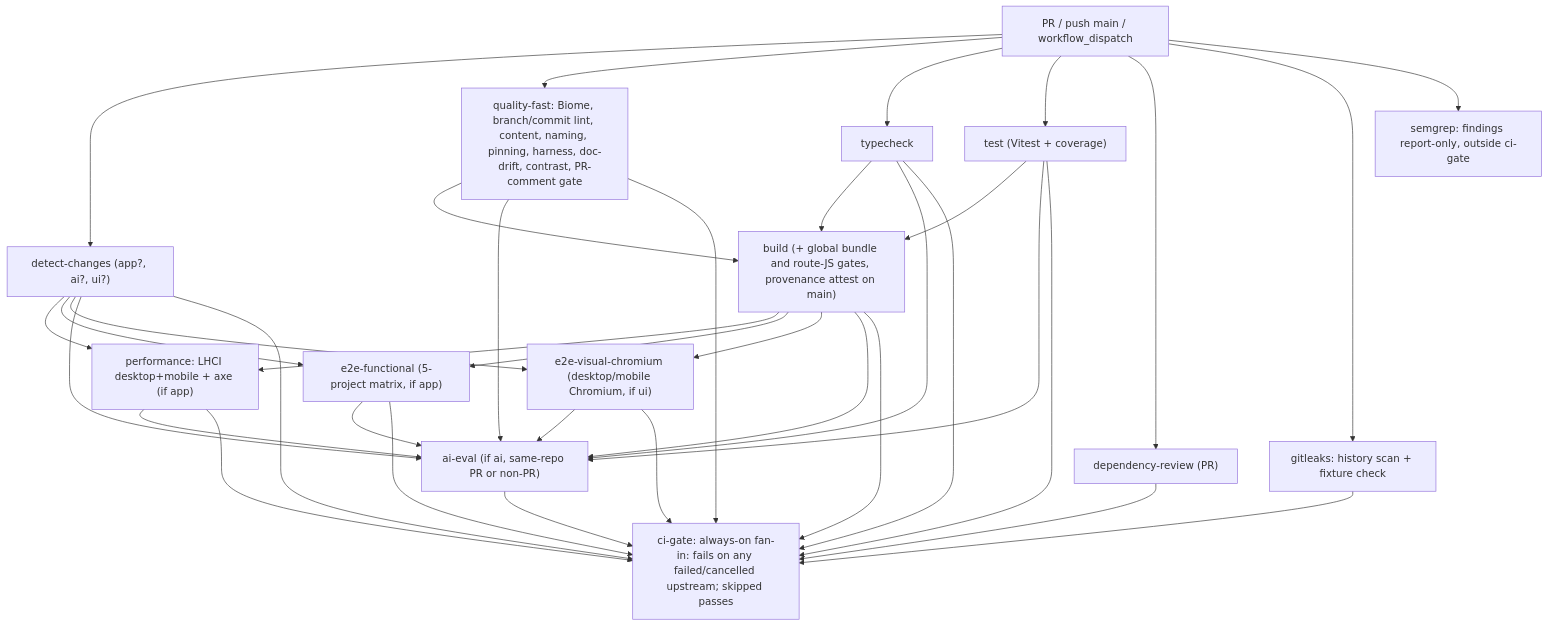
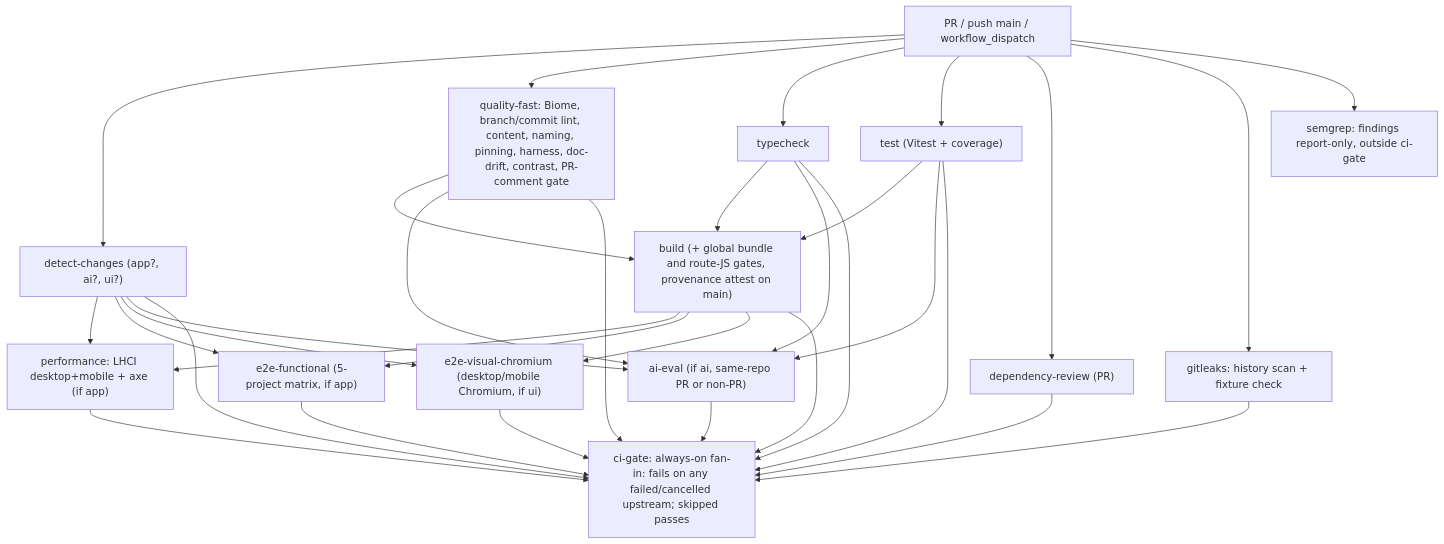
Before and after one commit to erikunha/portfolio: the second of 2 diagrams in docs/07-workflows.md, drawn with Mermaid. The commit also changed other lines of this file and 17 other files, not shown here.

````diff
--- a/docs/07-workflows.md
+++ b/docs/07-workflows.md
@@ -80,39 +80,35 @@
 ```mermaid
 flowchart TD
     pr["PR / push main / workflow_dispatch"] --> dc["detect-changes (app?, ai?, ui?)"]
     pr --> qf["quality-fast: Biome, branch/commit lint, content, naming, pinning, harness, doc-drift, contrast, PR-comment gate"]
     pr --> tc["typecheck"]
     pr --> t["test (Vitest + coverage)"]
     pr --> dr["dependency-review (PR)"]
     qf --> b["build (+ global bundle and route-JS gates, provenance attest on main)"]
     tc --> b
     t --> b
     b --> perf["performance: LHCI desktop+mobile + axe (if app)"]
     b --> e2e["e2e-functional (5-project matrix, if app)"]
     b --> vis["e2e-visual-chromium (desktop/mobile Chromium, if ui)"]
     dc --> perf
     dc --> e2e
     dc --> vis
-    dc --> ev
+    dc --> ev["ai-eval (if ai, same-repo PR or non-PR)"]
     qf --> ev
     tc --> ev
     t --> ev
-    b --> ev["ai-eval (if ai, same-repo PR or non-PR)"]
-    perf --> ev
-    e2e --> ev
-    vis --> ev
     pr --> secrets["gitleaks: history scan + fixture check"]
     secrets --> gate
     pr --> semgrep["semgrep: findings report-only, outside ci-gate"]
     dc --> gate
     qf --> gate
     tc --> gate
     t --> gate
     dr --> gate
     b --> gate
     perf --> gate
     e2e --> gate
     vis --> gate
     ev --> gate
     gate["ci-gate: always-on fan-in: fails on any failed/cancelled upstream; skipped passes"]
 ```
````
